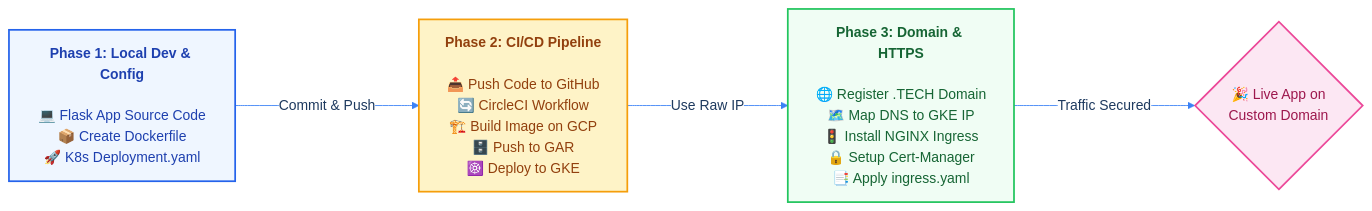
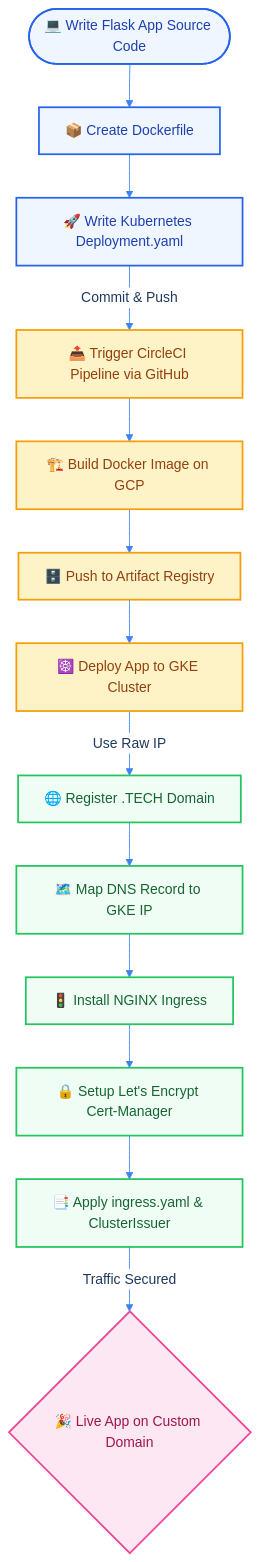
The diagram in README.md (farhanrhine/face-detect-ai-agent-gcp), drawn with Mermaid before and after one commit.

````diff
--- a/README.md
+++ b/README.md
@@ -16,20 +16,24 @@
 ```mermaid
 %%{init: {'theme': 'base', 'themeVariables': {'primaryColor': '#dbeafe', 'primaryTextColor': '#1e3a5f', 'primaryBorderColor': '#2563eb', 'lineColor': '#3b82f6', 'secondaryColor': '#f0fdf4', 'tertiaryColor': '#fef3c7', 'edgeLabelBackground': '#ffffff'}}}%%
-flowchart LR
-    Phase1["<b>Phase 1: Local Dev & Config</b><br><br>💻 Flask App Source Code<br>📦 Create Dockerfile<br>🚀 K8s Deployment.yaml"]:::phase1
+flowchart TD
+    A(["💻 Write Flask App Source Code"]):::phase1 --> B["📦 Create Dockerfile"]:::phase1
+    B --> C["🚀 Write Kubernetes Deployment.yaml"]:::phase1
     
-    Phase2["<b>Phase 2: CI/CD Pipeline</b><br><br>📤 Push Code to GitHub<br>🔄 CircleCI Workflow<br>🏗️ Build Image on GCP<br>🗄️ Push to GAR<br>☸️ Deploy to GKE"]:::phase2
-
-    Phase3["<b>Phase 3: Domain & HTTPS</b><br><br>🌐 Register .TECH Domain<br>🗺️ Map DNS to GKE IP<br>🚦 Install NGINX Ingress<br>🔒 Setup Cert-Manager<br>📑 Apply ingress.yaml"]:::phase3
-
-    Live{"🎉 Live App on<br>Custom Domain"}:::live
-
-    Phase1 --->|"Commit & Push"| Phase2
-    Phase2 --->|"Use Raw IP"| Phase3
-    Phase3 --->|"Traffic Secured"| Live
+    C -->|"Commit & Push"| D["📤 Trigger CircleCI Pipeline via GitHub"]:::phase2
+    D --> E["🏗️ Build Docker Image on GCP"]:::phase2
+    E --> F["🗄️ Push to Artifact Registry"]:::phase2
+    F --> G["☸️ Deploy App to GKE Cluster"]:::phase2
+    
+    G -->|"Use Raw IP"| H["🌐 Register .TECH Domain"]:::phase3
+    H --> I["🗺️ Map DNS Record to GKE IP"]:::phase3
+    I --> J["🚦 Install NGINX Ingress"]:::phase3
+    J --> K["🔒 Setup Let's Encrypt Cert-Manager"]:::phase3
+    K --> L["📑 Apply ingress.yaml & ClusterIssuer"]:::phase3
+    
+    L -->|"Traffic Secured"| M{"🎉 Live App on Custom Domain"}:::live
 
     classDef phase1 fill:#eff6ff,stroke:#2563eb,stroke-width:2px,color:#1e40af
     classDef phase2 fill:#fef3c7,stroke:#f59e0b,stroke-width:2px,color:#92400e
     classDef phase3 fill:#f0fdf4,stroke:#22c55e,stroke-width:2px,color:#166534
     classDef live fill:#fce7f3,stroke:#ec4899,stroke-width:2px,color:#9d174d
 ```
````
